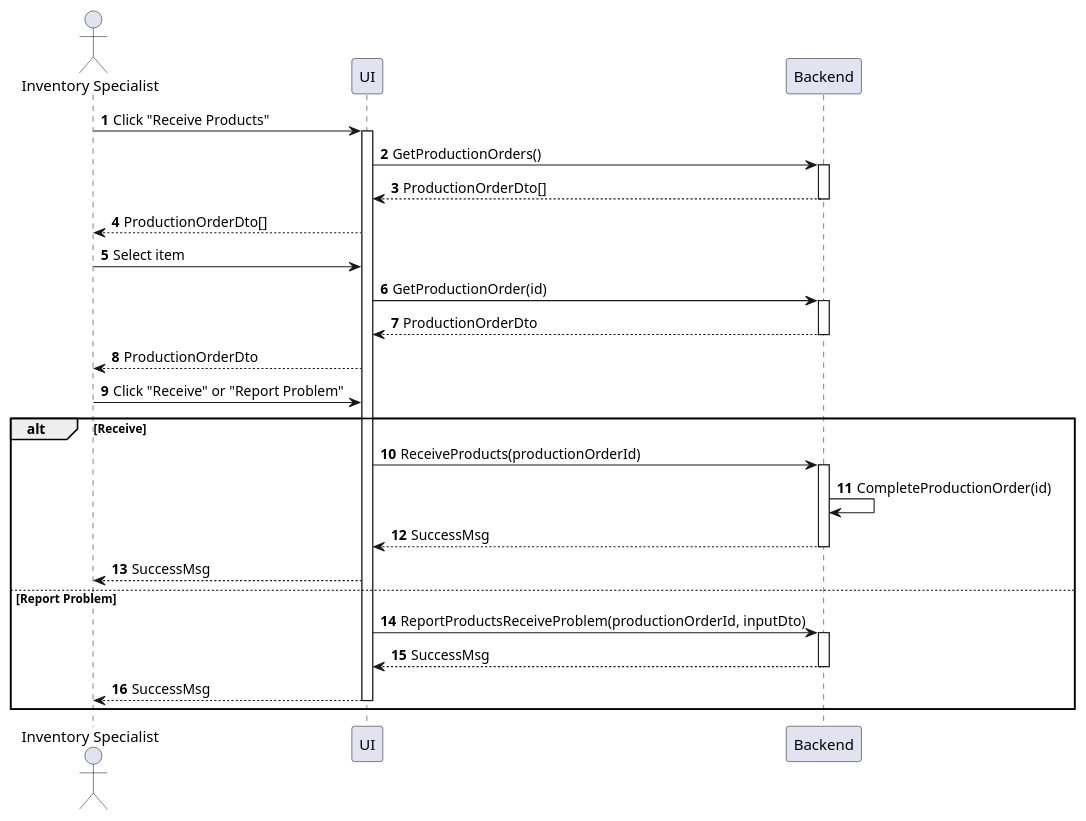
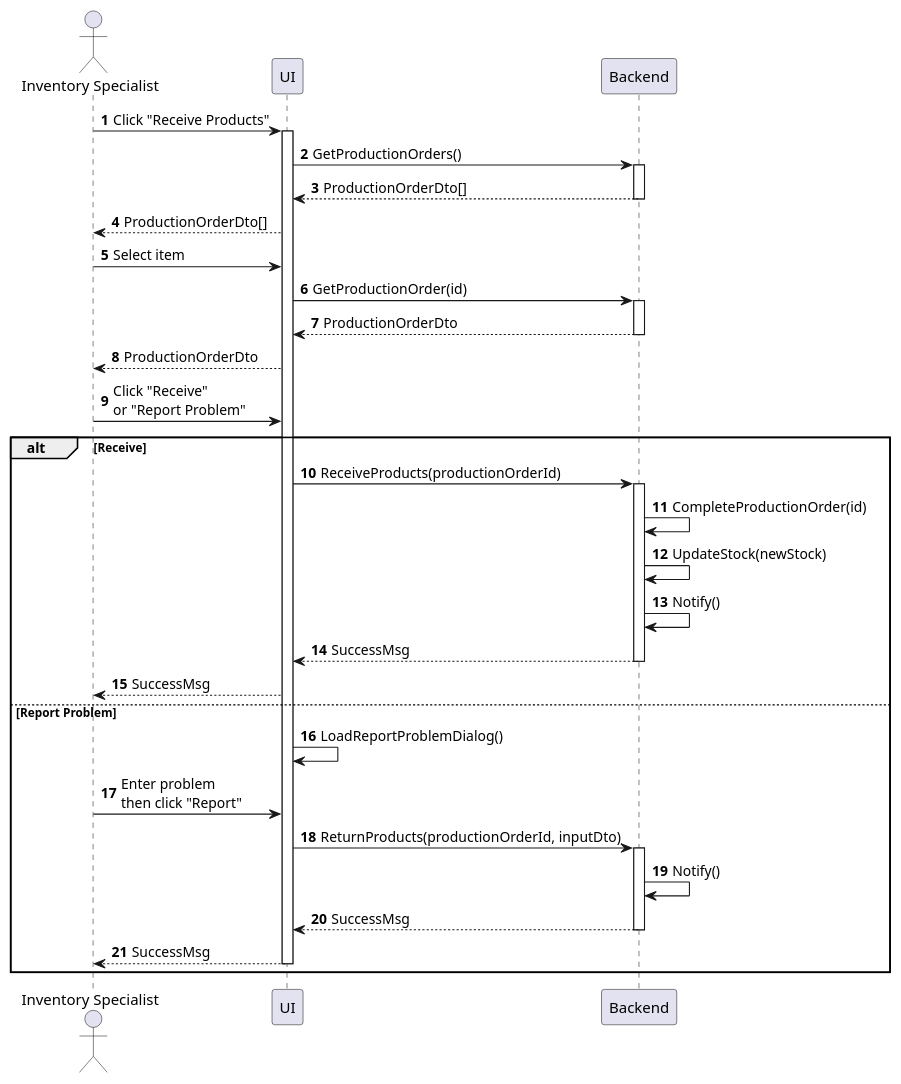
One commit to phihungha/SE357-Practice-class changed the diagram in Lab1/Lab1.2/sequences/inventory-product-receive.plantuml. Above: the diagram before and after it, drawn with PlantUML. The commit also changed 17 other files, not shown here.

Commit message:
Finalize sequence diagram

```diff
--- a/Lab1/Lab1.2/sequences/inventory-product-receive.plantuml
+++ b/Lab1/Lab1.2/sequences/inventory-product-receive.plantuml
@@ -1,34 +1,39 @@
 @startuml inventory-product-receive
 autonumber
 
 actor "Inventory Specialist" as a
 participant UI as f
 participant Backend as b
 
 a -> f : Click "Receive Products"
 activate f
 f -> b : GetProductionOrders()
 activate b
 return ProductionOrderDto[]
 f --> a : ProductionOrderDto[]
 a -> f : Select item
 f -> b : GetProductionOrder(id)
 activate b
 return ProductionOrderDto
 f --> a : ProductionOrderDto
-a -> f : Click "Receive" or "Report Problem"
+a -> f : Click "Receive"\nor "Report Problem"
 
 alt Receive
     f -> b : ReceiveProducts(productionOrderId)
     activate b
     b -> b : CompleteProductionOrder(id)
+    b -> b : UpdateStock(newStock)
+    b -> b : Notify()
     return SuccessMsg
     f --> a : SuccessMsg
 else Report Problem
-    f -> b : ReportProductsReceiveProblem(productionOrderId, inputDto)
+    f -> f : LoadReportProblemDialog()
+    a -> f : Enter problem\nthen click "Report"
+    f -> b : ReturnProducts(productionOrderId, inputDto)
     activate b
+    b -> b : Notify()
     return SuccessMsg
     f --> a : SuccessMsg
     deactivate f
 end
 @enduml
```
